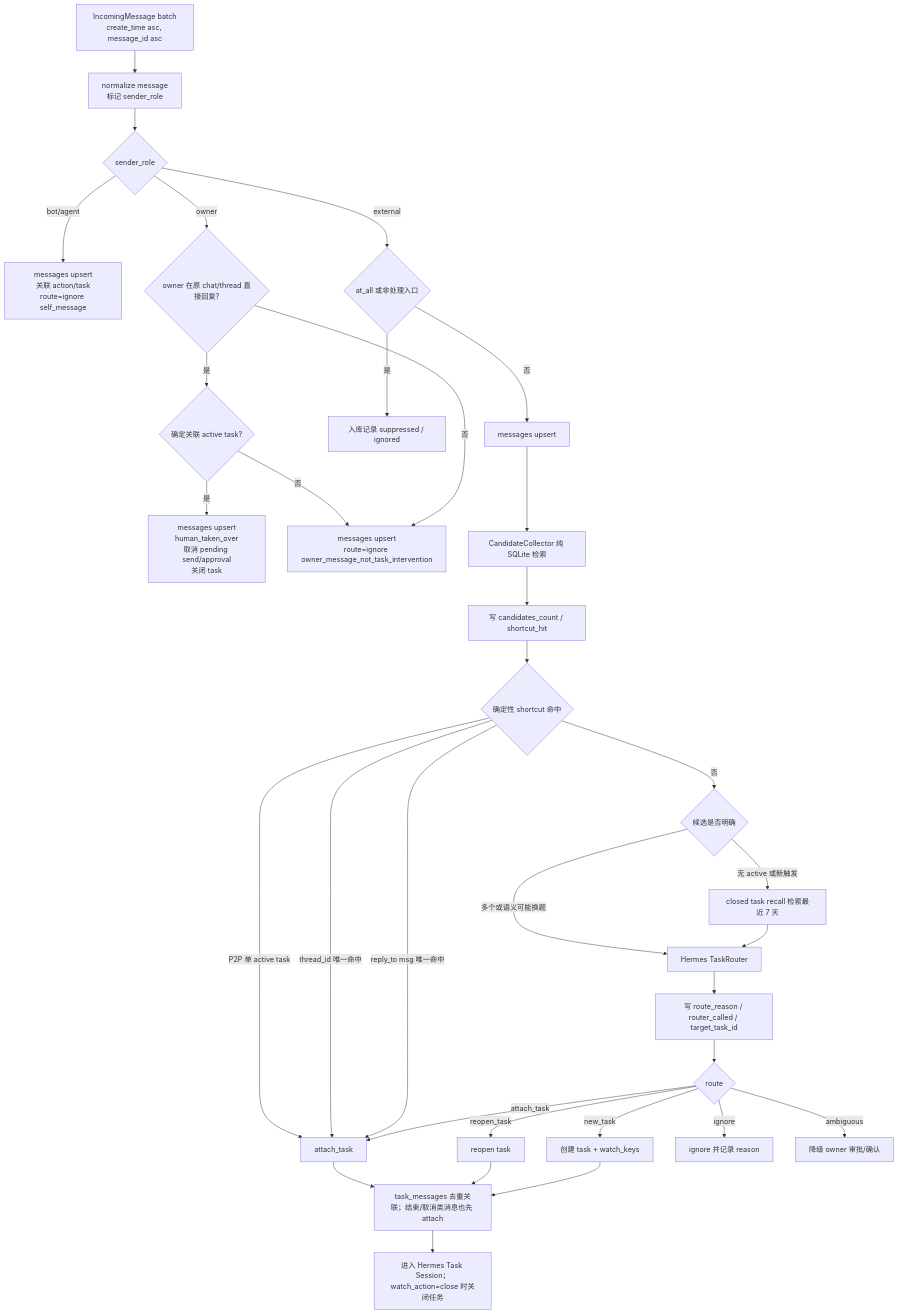
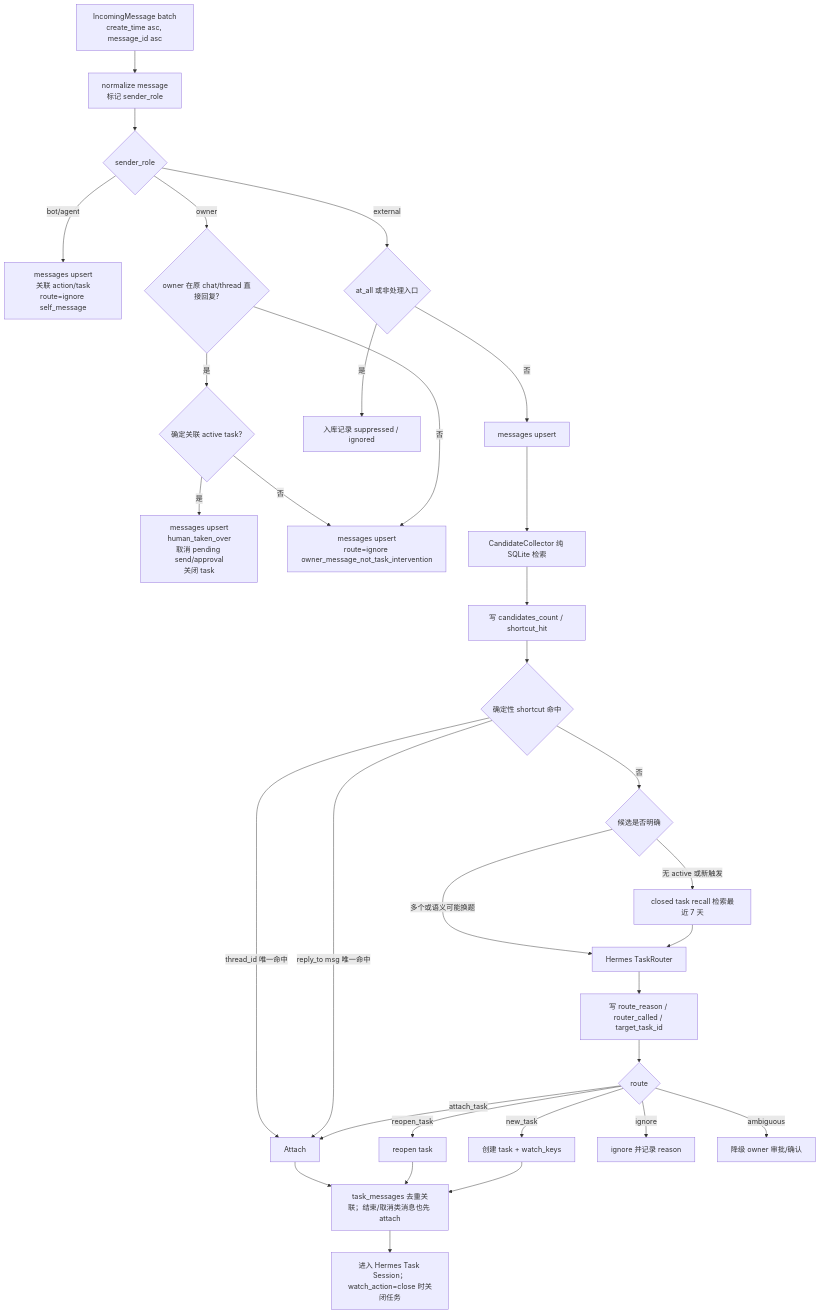
The third of 7 diagrams in docs/specs/feishu-shadow-agent-flows.md (wufei-png/feishu-shadow-agent), drawn with Mermaid before and after one commit. The commit also changed 13 other files, not shown here.

````diff
--- a/docs/specs/feishu-shadow-agent-flows.md
+++ b/docs/specs/feishu-shadow-agent-flows.md
@@ -101,39 +101,38 @@
 ```mermaid
 flowchart TD
   Incoming["IncomingMessage batch<br/>create_time asc, message_id asc"] --> Normalize["normalize message<br/>标记 sender_role"]
   Normalize --> SenderRole{"sender_role"}
   SenderRole -->|bot/agent| SelfAudit["messages upsert<br/>关联 action/task<br/>route=ignore self_message"]
   SenderRole -->|owner| OwnerCheck{"owner 在原 chat/thread 直接回复?"}
   OwnerCheck -->|是| OwnerRelated{"确定关联 active task?"}
   OwnerRelated -->|是| HumanTakeover["messages upsert<br/>human_taken_over<br/>取消 pending send/approval<br/>关闭 task"]
   OwnerRelated -->|否| OwnerAudit["messages upsert<br/>route=ignore owner_message_not_task_intervention"]
   OwnerCheck -->|否| OwnerAudit
   SenderRole -->|external| Suppressed{"at_all 或非处理入口"}
   Suppressed -->|是| RecordSuppressed["入库记录 suppressed / ignored"]
   Suppressed -->|否| SaveMsg["messages upsert"]
   SaveMsg --> CandidateCollector["CandidateCollector 纯 SQLite 检索"]
 
   CandidateCollector --> MatchAudit["写 candidates_count / shortcut_hit"]
   MatchAudit --> Deterministic{"确定性 shortcut 命中"}
-  Deterministic -->|P2P 单 active task| Attach["attach_task"]
   Deterministic -->|thread_id 唯一命中| Attach
   Deterministic -->|reply_to msg 唯一命中| Attach
 
   Deterministic -->|否| CandidateCount{"候选是否明确"}
   CandidateCount -->|无 active 或新触发| Historical["closed task recall 检索最近 7 天"]
   CandidateCount -->|多个或语义可能换题| TaskRouter["Hermes TaskRouter"]
   Historical --> TaskRouter
 
   TaskRouter --> RouterAudit["写 route_reason / router_called / target_task_id"]
   RouterAudit --> Route{"route"}
   Route -->|new_task| NewTask["创建 task + watch_keys"]
   Route -->|attach_task| Attach
   Route -->|reopen_task| Reopen["reopen task"]
   Route -->|ignore| Ignore["ignore 并记录 reason"]
   Route -->|ambiguous| Approval["降级 owner 审批/确认"]
 
   Attach --> Include["task_messages 去重关联；结束/取消类消息也先 attach"]
   Reopen --> Include
   NewTask --> Include
   Include --> TaskSession["进入 Hermes Task Session；watch_action=close 时关闭任务"]
 ```
````
